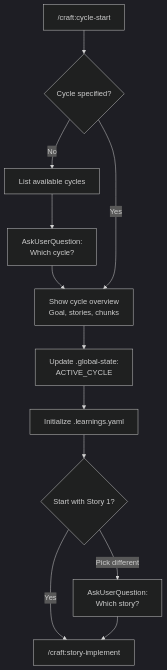
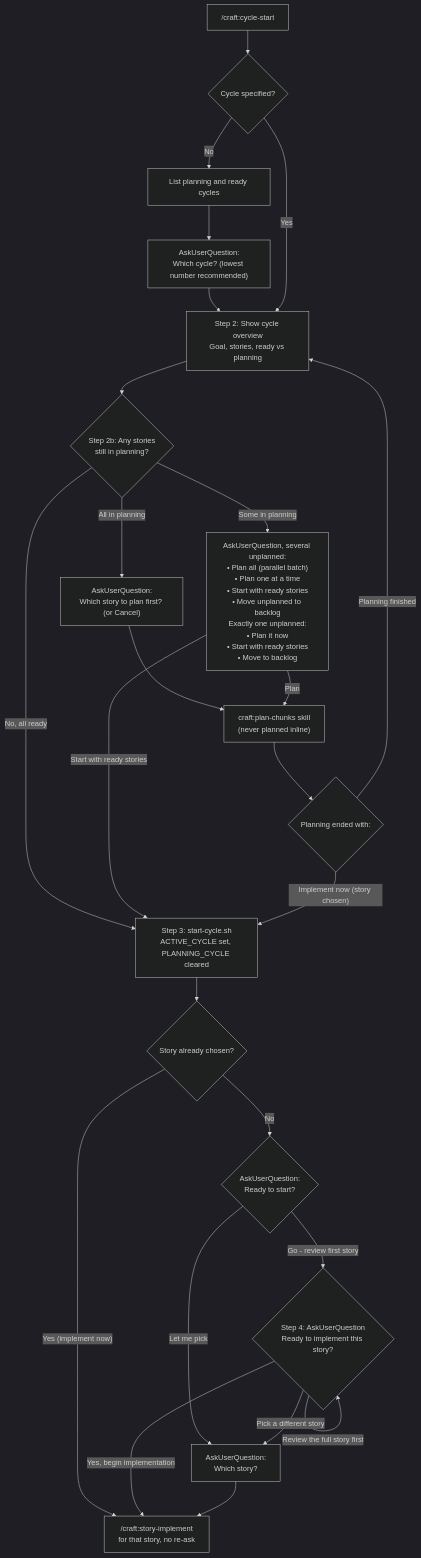
One commit to agent-memory-atlas-archive/drobins25--craft changed the fifth of 15 diagrams in docs/decision-tree.md. Above: the diagram before and after it, drawn with Mermaid. The commit also changed other lines of this file and 7 other files, not shown here.

````diff
--- a/docs/decision-tree.md
+++ b/docs/decision-tree.md
@@ -283,19 +301,34 @@
 ```mermaid
 %%{init: {'theme': 'dark'}}%%
 flowchart TD
     CYCLE_START["/craft:cycle-start"] --> SELECT{"Cycle specified?"}
 
-    SELECT -->|No| LIST_CYCLES["List available cycles"]
-    LIST_CYCLES --> ASK_CYCLE["AskUserQuestion:<br/>Which cycle?"]
+    SELECT -->|No| LIST_CYCLES["List planning and ready cycles"]
+    LIST_CYCLES --> ASK_CYCLE["AskUserQuestion:<br/>Which cycle? (lowest number recommended)"]
     ASK_CYCLE --> SHOW_OVERVIEW
-    SELECT -->|Yes| SHOW_OVERVIEW["Show cycle overview<br/>Goal, stories, chunks"]
+    SELECT -->|Yes| SHOW_OVERVIEW["Step 2: Show cycle overview<br/>Goal, stories, ready vs planning"]
 
-    SHOW_OVERVIEW --> ACTIVATE["Update .global-state:<br/>ACTIVE_CYCLE"]
+    SHOW_OVERVIEW --> UNPLANNED{"Step 2b: Any stories<br/>still in planning?"}
+    UNPLANNED -->|"No, all ready"| ACTIVATE
+    UNPLANNED -->|"All in planning"| PLAN_FIRST["AskUserQuestion:<br/>Which story to plan first? (or Cancel)"]
+    UNPLANNED -->|"Some in planning"| PLAN_ASK["AskUserQuestion, several unplanned:<br/>• Plan all (parallel batch)<br/>• Plan one at a time<br/>• Start with ready stories<br/>• Move unplanned to backlog<br/>Exactly one unplanned:<br/>• Plan it now<br/>• Start with ready stories<br/>• Move to backlog"]
 
-    ACTIVATE --> INIT_LEARNINGS["Initialize .learnings.yaml"]
-    INIT_LEARNINGS --> PICK_STORY{"Start with Story 1?"}
+    PLAN_FIRST --> PLAN_SKILL["craft:plan-chunks skill<br/>(never planned inline)"]
+    PLAN_ASK -->|Plan| PLAN_SKILL
+    PLAN_ASK -->|"Start with ready stories"| ACTIVATE
 
-    PICK_STORY -->|Yes| ROUTE_IMPL["/craft:story-implement"]
-    PICK_STORY -->|Pick different| ASK_STORY["AskUserQuestion:<br/>Which story?"]
+    PLAN_SKILL --> PLAN_DONE{"Planning ended with:"}
+    PLAN_DONE -->|"Implement now (story chosen)"| ACTIVATE
+    PLAN_DONE -->|"Planning finished"| SHOW_OVERVIEW
+
+    ACTIVATE["Step 3: start-cycle.sh<br/>ACTIVE_CYCLE set, PLANNING_CYCLE cleared"] --> CHOSEN{"Story already chosen?"}
+    CHOSEN -->|"Yes (implement now)"| ROUTE_IMPL["/craft:story-implement<br/>for that story, no re-ask"]
+    CHOSEN -->|No| PICK_STORY{"AskUserQuestion:<br/>Ready to start?"}
+
+    PICK_STORY -->|"Go - review first story"| START_Q{"Step 4: AskUserQuestion<br/>Ready to implement this story?"}
+    PICK_STORY -->|"Let me pick"| ASK_STORY["AskUserQuestion:<br/>Which story?"]
+    START_Q -->|"Yes, begin implementation"| ROUTE_IMPL
+    START_Q -->|"Review the full story first"| START_Q
+    START_Q -->|"Pick a different story"| ASK_STORY
     ASK_STORY --> ROUTE_IMPL
 ```
````
